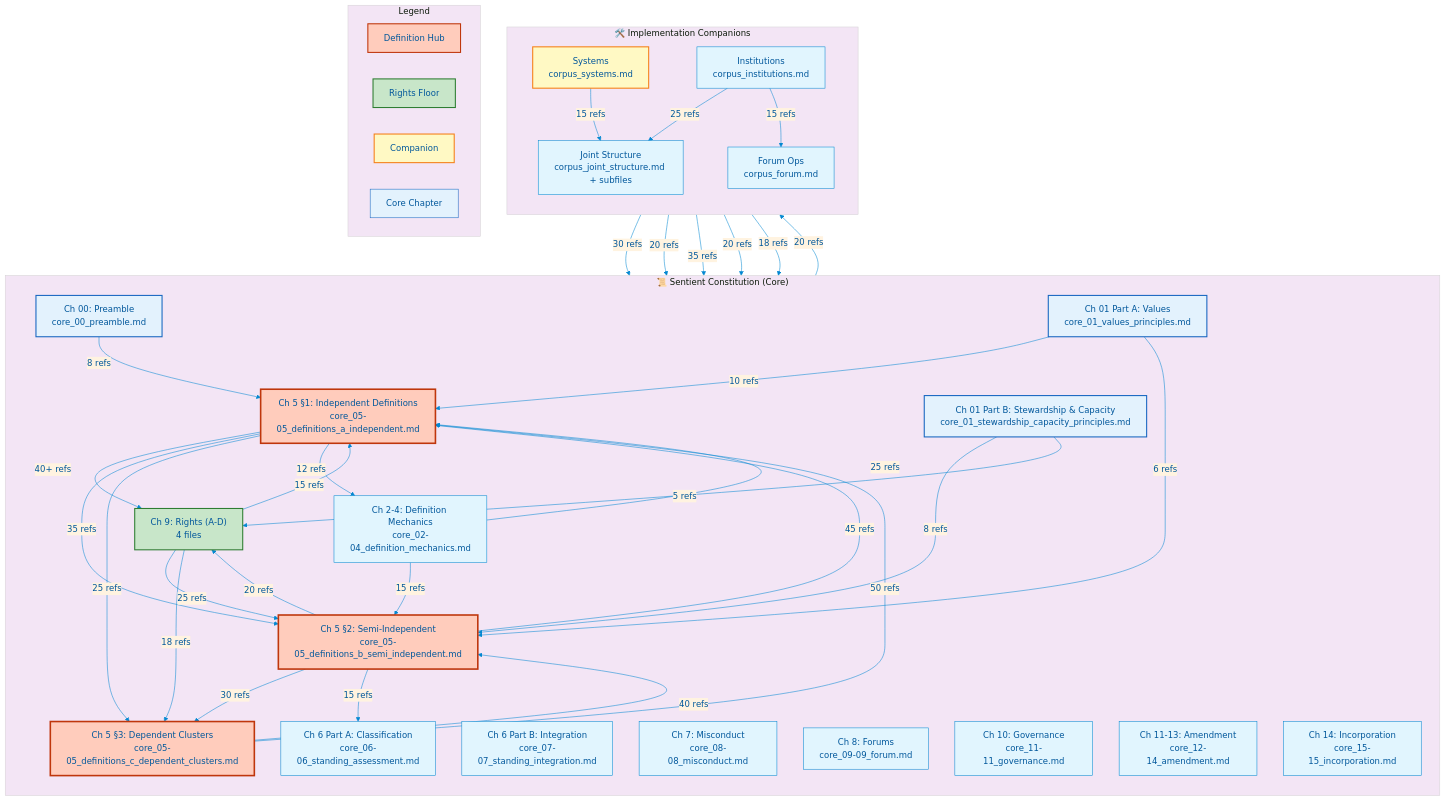
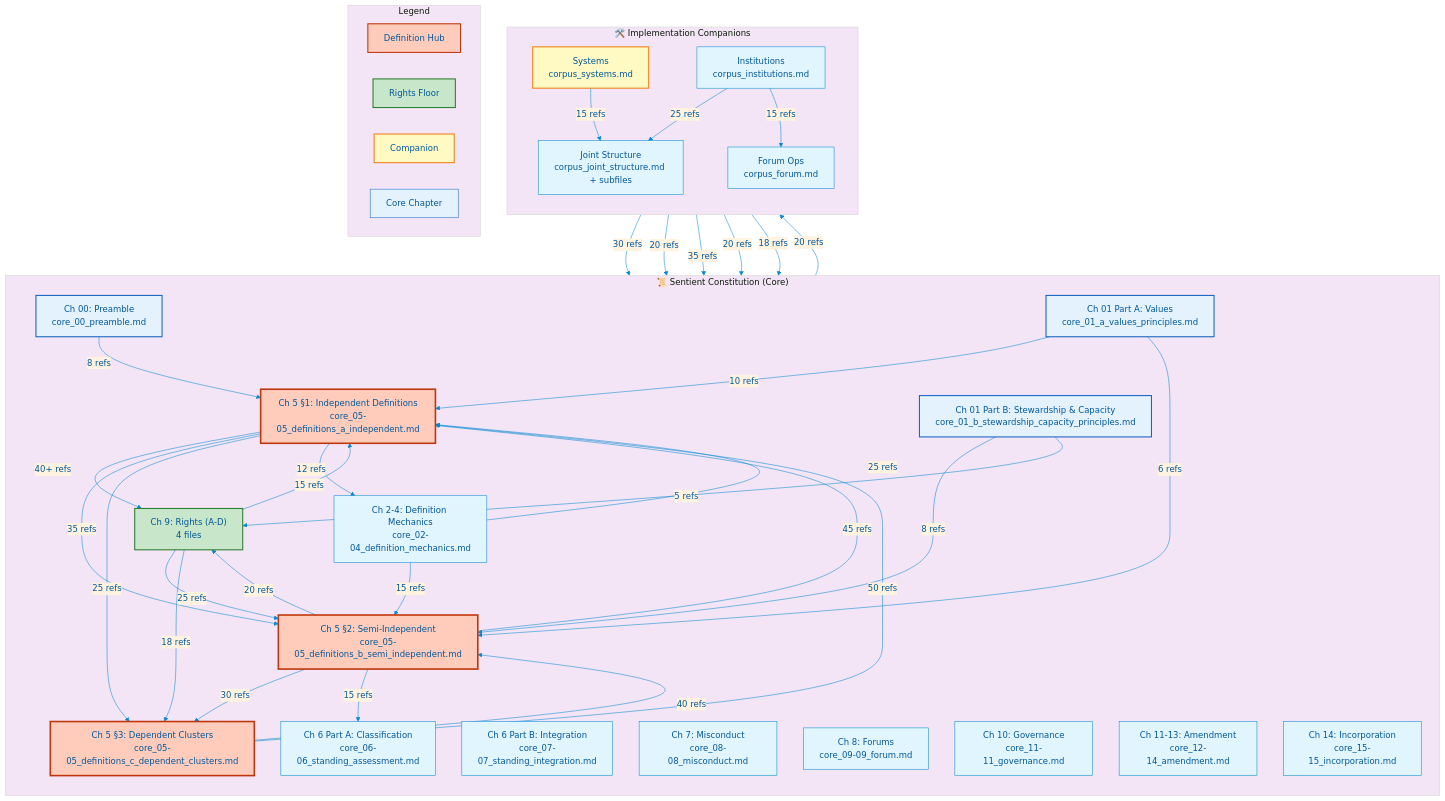
One commit to kfoelsch/Sentient_Constitution changed the diagram in ai_corpus/visualization/dependency_map.mmd. Above: the diagram before and after it, drawn with Mermaid. The commit also changed 63 other files, not shown here.

```diff
--- a/ai_corpus/visualization/dependency_map.mmd
+++ b/ai_corpus/visualization/dependency_map.mmd
@@ -1,95 +1,95 @@
 %%{init: {'theme': 'base', 'themeVariables': { 'primaryColor': '#e1f5fe', 'primaryTextColor': '#01579b', 'primaryBorderColor': '#0288d1', 'lineColor': '#0288d1', 'secondaryColor': '#fff3e0', 'tertiaryColor': '#f3e5f5'}}}%%
 graph TB
     subgraph CoreConstitution["📜 Sentient Constitution (Core)"]
         direction TB
         Ch00["Ch 00: Preamble<br/>core_00_preamble.md"]
-        Ch01A["Ch 01 Part A: Values<br/>core_01_values_principles.md"]
-        Ch01B["Ch 01 Part B: Stewardship & Capacity<br/>core_01_stewardship_capacity_principles.md"]
+        Ch01A["Ch 01 Part A: Values<br/>core_01_a_values_principles.md"]
+        Ch01B["Ch 01 Part B: Stewardship & Capacity<br/>core_01_b_stewardship_capacity_principles.md"]
         Ch02["Ch 2-4: Definition Mechanics<br/>core_02-04_definition_mechanics.md"]
         Ch05A["Ch 5 §1: Independent Definitions<br/>core_05-05_definitions_a_independent.md"]
         Ch05B["Ch 5 §2: Semi-Independent<br/>core_05-05_definitions_b_semi_independent.md"]
         Ch05C["Ch 5 §3: Dependent Clusters<br/>core_05-05_definitions_c_dependent_clusters.md"]
         Ch06A["Ch 6 Part A: Classification<br/>core_06-06_standing_assessment.md"]
         Ch06B["Ch 6 Part B: Integration<br/>core_07-07_standing_integration.md"]
         Ch07["Ch 7: Misconduct<br/>core_08-08_misconduct.md"]
         Ch08["Ch 8: Forums<br/>core_09-09_forum.md"]
         Ch09["Ch 9: Rights (A-D)<br/>4 files"]
         Ch10["Ch 10: Governance<br/>core_11-11_governance.md"]
         Ch1113["Ch 11-13: Amendment<br/>core_12-14_amendment.md"]
         Ch14["Ch 14: Incorporation<br/>core_15-15_incorporation.md"]
     end
 
     subgraph Companions["🛠️ Implementation Companions"]
         direction TB
         CS["Systems<br/>corpus_systems.md"]
         CI["Institutions<br/>corpus_institutions.md"]
         CF["Forum Ops<br/>corpus_forum.md"]
         CJS["Joint Structure<br/>corpus_joint_structure.md + subfiles"]
     end
 
     %% Cross-references: Chapter 5 definitions are the hub
     Ch05A -->|"40+ refs"| Ch09
     Ch05A -->|"35 refs"| Ch05B
     Ch05A -->|"25 refs"| Ch05C
     Ch05A -->|"20 refs"| CS
     Ch05A -->|"12 refs"| Ch02
 
     Ch05B -->|"45 refs"| Ch05A
     Ch05B -->|"30 refs"| Ch05C
     Ch05B -->|"20 refs"| Ch09
     Ch05B -->|"15 refs"| Ch06A
 
     Ch05C -->|"50 refs"| Ch05A
     Ch05C -->|"40 refs"| Ch05B
 
     %% Rights reference definitions heavily
     Ch09 -->|"15 refs"| Ch05A
     Ch09 -->|"25 refs"| Ch05B
     Ch09 -->|"18 refs"| Ch05C
 
     %% Systems companion is well-connected
     CS -->|"30 refs"| Ch05A
     CS -->|"20 refs"| Ch05B
     CS -->|"35 refs"| Ch09
     CS -->|"15 refs"| CJS
 
     %% Institutions companion connects
     CI -->|"20 refs"| Ch05B
     CI -->|"18 refs"| Ch09
     CI -->|"25 refs"| CJS
     CI -->|"15 refs"| CF
 
     %% Principles chapter spreads downstream
     Ch00 -->|"8 refs"| Ch05A
     Ch01A -->|"10 refs"| Ch05A
     Ch01A -->|"6 refs"| Ch05B
     Ch01B -->|"8 refs"| Ch05B
     Ch01B -->|"5 refs"| Ch09
 
     %% Definition mechanics underpin everything
     Ch02 -->|"25 refs"| Ch05A
     Ch02 -->|"15 refs"| Ch05B
 
     %% Visual styling
     style Ch05A fill:#ffccbc,stroke:#bf360c,stroke-width:3px
     style Ch05B fill:#ffccbc,stroke:#bf360c,stroke-width:3px
     style Ch05C fill:#ffccbc,stroke:#bf360c,stroke-width:3px
     style Ch09 fill:#c8e6c9,stroke:#2e7d32,stroke-width:2px
     style CS fill:#fff9c4,stroke:#f57f17,stroke-width:2px
     style Ch00 fill:#e3f2fd,stroke:#1565c0,stroke-width:2px
     style Ch01A fill:#e3f2fd,stroke:#1565c0,stroke-width:2px
     style Ch01B fill:#e3f2fd,stroke:#1565c0,stroke-width:2px
 
     %% Legend
     subgraph Legend["Legend"]
         direction LR
         L1["Definition Hub"]:::hub
         L2["Rights Floor"]:::rights
         L3["Companion"]:::companion
         L4["Core Chapter"]:::core
     end
 
     classDef hub fill:#ffccbc,stroke:#bf360c,stroke-width:2px
     classDef rights fill:#c8e6c9,stroke:#2e7d32,stroke-width:2px
     classDef companion fill:#fff9c4,stroke:#f57f17,stroke-width:2px
     classDef core fill:#e3f2fd,stroke:#1565c0,stroke-width:1px
```
